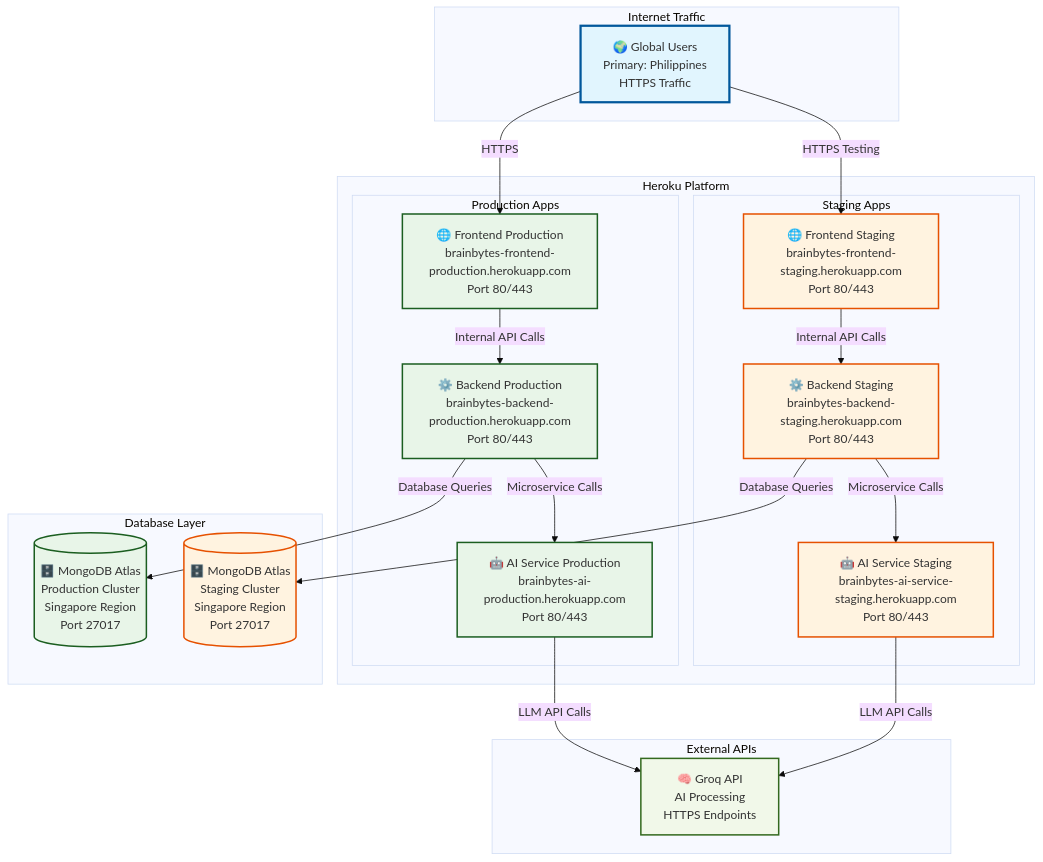
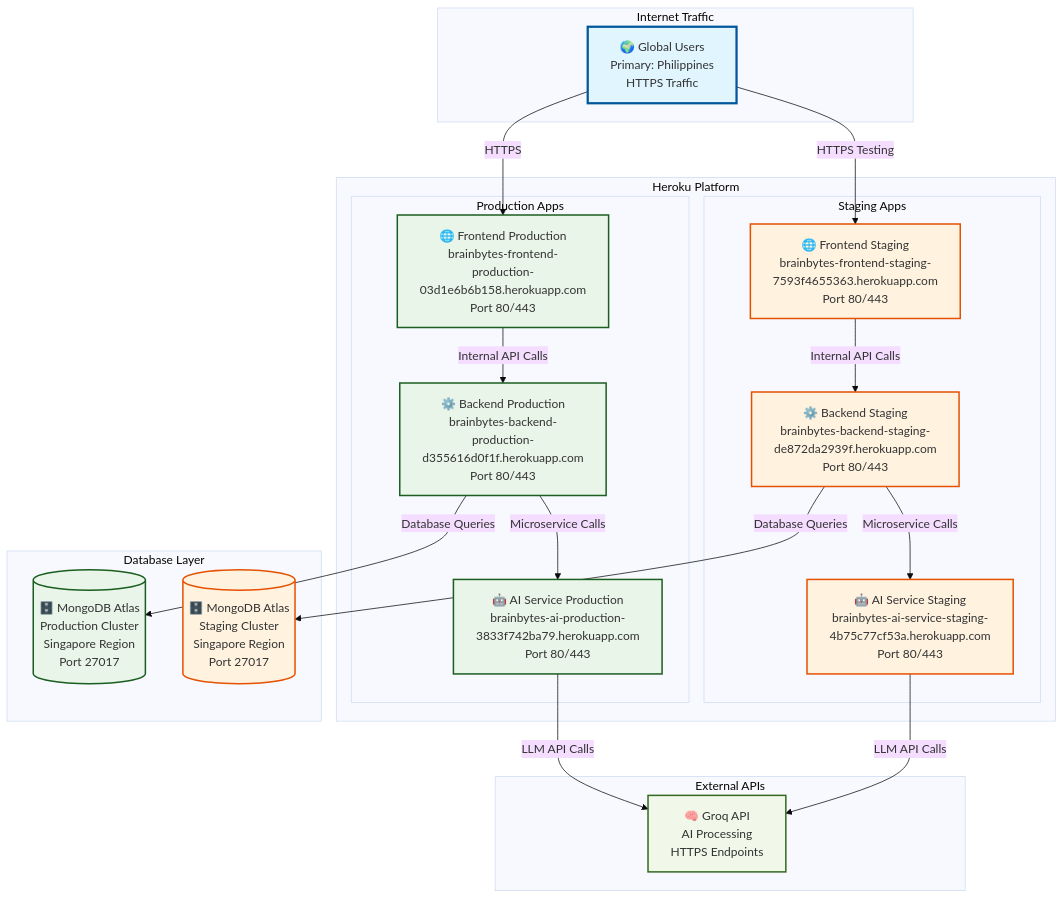
One commit to Honeegee/BrainBytesAI changed the third of 7 diagrams in docs/screenshots/ARCHITECTURE_DIAGRAMS.md. Above: the diagram before and after it, drawn with Mermaid (base theme). The commit also changed other lines of this file and 5 other files, not shown here.

````diff
--- a/docs/screenshots/ARCHITECTURE_DIAGRAMS.md
+++ b/docs/screenshots/ARCHITECTURE_DIAGRAMS.md
@@ -120,55 +120,55 @@
 ```mermaid
 graph TB
     subgraph "Internet Traffic"
         USERS[🌍 Global Users<br/>Primary: Philippines<br/>HTTPS Traffic]
     end
     
     subgraph "Heroku Platform"
         subgraph "Production Apps"
-            P_FE[🌐 Frontend Production<br/>brainbytes-frontend-production.herokuapp.com<br/>Port 80/443]
-            P_BE[⚙️ Backend Production<br/>brainbytes-backend-production.herokuapp.com<br/>Port 80/443]
-            P_AI[🤖 AI Service Production<br/>brainbytes-ai-production.herokuapp.com<br/>Port 80/443]
+            P_FE[🌐 Frontend Production<br/>brainbytes-frontend-production-03d1e6b6b158.herokuapp.com<br/>Port 80/443]
+            P_BE[⚙️ Backend Production<br/>brainbytes-backend-production-d355616d0f1f.herokuapp.com<br/>Port 80/443]
+            P_AI[🤖 AI Service Production<br/>brainbytes-ai-production-3833f742ba79.herokuapp.com<br/>Port 80/443]
         end
         
         subgraph "Staging Apps"
-            S_FE[🌐 Frontend Staging<br/>brainbytes-frontend-staging.herokuapp.com<br/>Port 80/443]
-            S_BE[⚙️ Backend Staging<br/>brainbytes-backend-staging.herokuapp.com<br/>Port 80/443]
-            S_AI[🤖 AI Service Staging<br/>brainbytes-ai-service-staging.herokuapp.com<br/>Port 80/443]
+            S_FE[🌐 Frontend Staging<br/>brainbytes-frontend-staging-7593f4655363.herokuapp.com<br/>Port 80/443]
+            S_BE[⚙️ Backend Staging<br/>brainbytes-backend-staging-de872da2939f.herokuapp.com<br/>Port 80/443]
+            S_AI[🤖 AI Service Staging<br/>brainbytes-ai-service-staging-4b75c77cf53a.herokuapp.com<br/>Port 80/443]
         end
     end
     
     subgraph "Database Layer"
         P_DB[(🗄️ MongoDB Atlas<br/>Production Cluster<br/>Singapore Region<br/>Port 27017)]
         S_DB[(🗄️ MongoDB Atlas<br/>Staging Cluster<br/>Singapore Region<br/>Port 27017)]
     end
     
     subgraph "External APIs"
         GROQ[🧠 Groq API<br/>AI Processing<br/>HTTPS Endpoints]
     end
     
     %% Production Flow
     USERS -->|HTTPS| P_FE
     P_FE -->|Internal API Calls| P_BE
     P_BE -->|Microservice Calls| P_AI
     P_BE -->|Database Queries| P_DB
     P_AI -->|LLM API Calls| GROQ
     
     %% Staging Flow
     USERS -->|HTTPS Testing| S_FE
     S_FE -->|Internal API Calls| S_BE
     S_BE -->|Microservice Calls| S_AI
     S_BE -->|Database Queries| S_DB
     S_AI -->|LLM API Calls| GROQ
     
     %% Styling
     classDef userClass fill:#e1f5fe,stroke:#01579b,stroke-width:3px
     classDef prodClass fill:#e8f5e8,stroke:#1b5e20,stroke-width:2px
     classDef stagingClass fill:#fff3e0,stroke:#e65100,stroke-width:2px
     classDef dbClass fill:#fce4ec,stroke:#880e4f,stroke-width:2px
     classDef externalClass fill:#f1f8e9,stroke:#33691e,stroke-width:2px
     
     class USERS userClass
     class P_FE,P_BE,P_AI,P_DB prodClass
     class S_FE,S_BE,S_AI,S_DB stagingClass
     class GROQ externalClass
 ```
````
